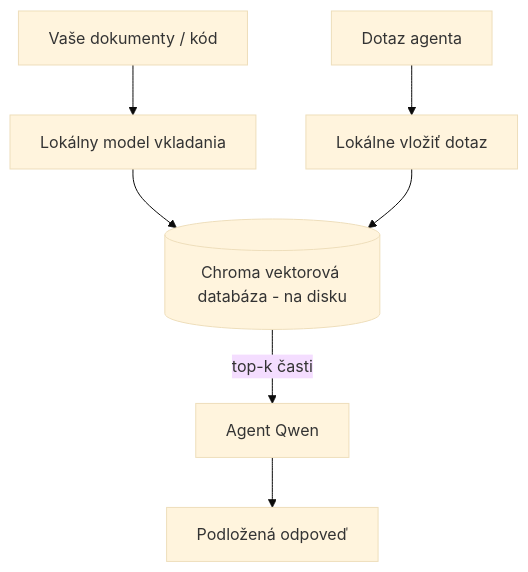
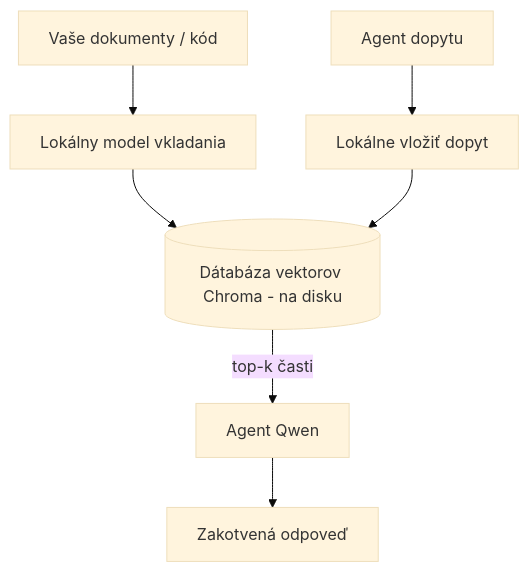
Before and after one commit to microsoft/ai-agents-for-beginners: the third of 4 diagrams in translations/sk/17-creating-local-ai-agents/README.md, drawn with Mermaid (base theme). The commit also changed other lines of this file and 46 other files, not shown here.

````diff
--- a/translations/sk/17-creating-local-ai-agents/README.md
+++ b/translations/sk/17-creating-local-ai-agents/README.md
@@ -125,9 +125,9 @@
 ```mermaid
 flowchart TB
     D[Vaše dokumenty / kód] --> E[Lokálny model vkladania]
-    E --> V[(Chroma vektorová databáza - na disku)]
-    Q[Dotaz agenta] --> QE[Lokálne vložiť dotaz]
+    E --> V[(Dátabáza vektorov Chroma - na disku)]
+    Q[Agent dopytu] --> QE[Lokálne vložiť dopyt]
     QE --> V
     V -->|top-k časti| A[Agent Qwen]
-    A --> Ans[Podložená odpoveď]
+    A --> Ans[Zakotvená odpoveď]
 ```
````
